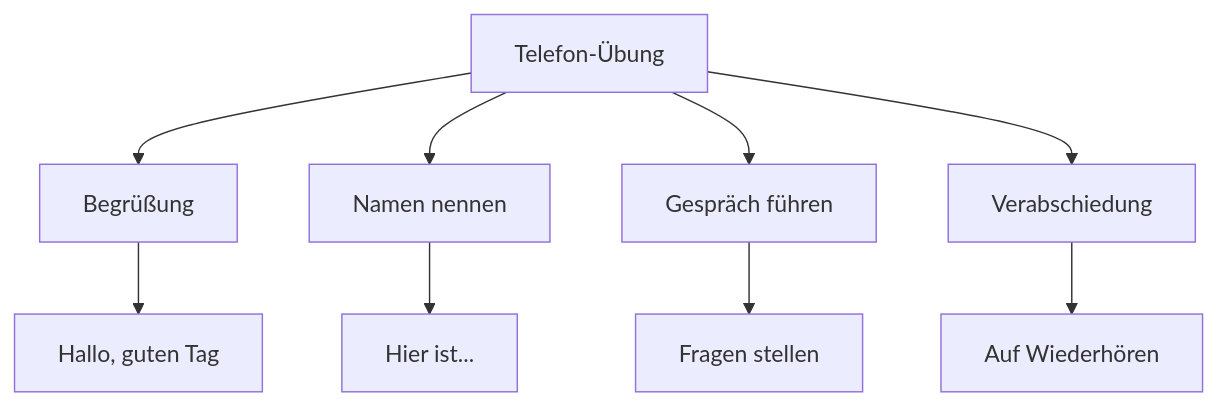
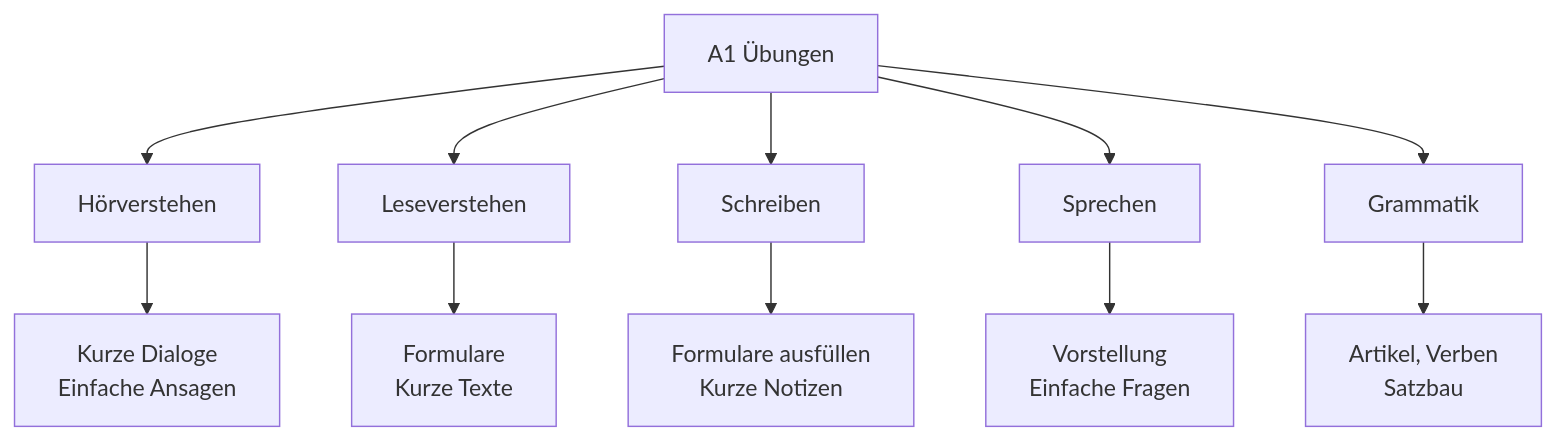
One commit to wulfnb/german changed the first of 2 diagrams in docs/niveau/a1/uebungen.md. Above: the diagram before and after it, drawn with Mermaid. The commit also changed other lines of this file and 20 other files, not shown here.

````diff
--- a/docs/niveau/a1/uebungen.md
+++ b/docs/niveau/a1/uebungen.md
@@ -236,12 +8,14 @@
 ```mermaid
 graph TD
-    A[Telefon-Übung] --> B[Begrüßung]
-    A --> C[Namen nennen]
-    A --> D[Gespräch führen]
-    A --> E[Verabschiedung]
+    A[A1 Übungen] --> B[Hörverstehen]
+    A --> C[Leseverstehen]
+    A --> D[Schreiben]
+    A --> E[Sprechen]
+    A --> F[Grammatik]
     
-    B --> B1[Hallo, guten Tag]
-    C --> C1[Hier ist...]
-    D --> D1[Fragen stellen]
-    E --> E1[Auf Wiederhören]
+    B --> B1[Kurze Dialoge<br/>Einfache Ansagen]
+    C --> C1[Formulare<br/>Kurze Texte]
+    D --> D1[Formulare ausfüllen<br/>Kurze Notizen]
+    E --> E1[Vorstellung<br/>Einfache Fragen]
+    F --> F1[Artikel, Verben<br/>Satzbau]
 ```
````
